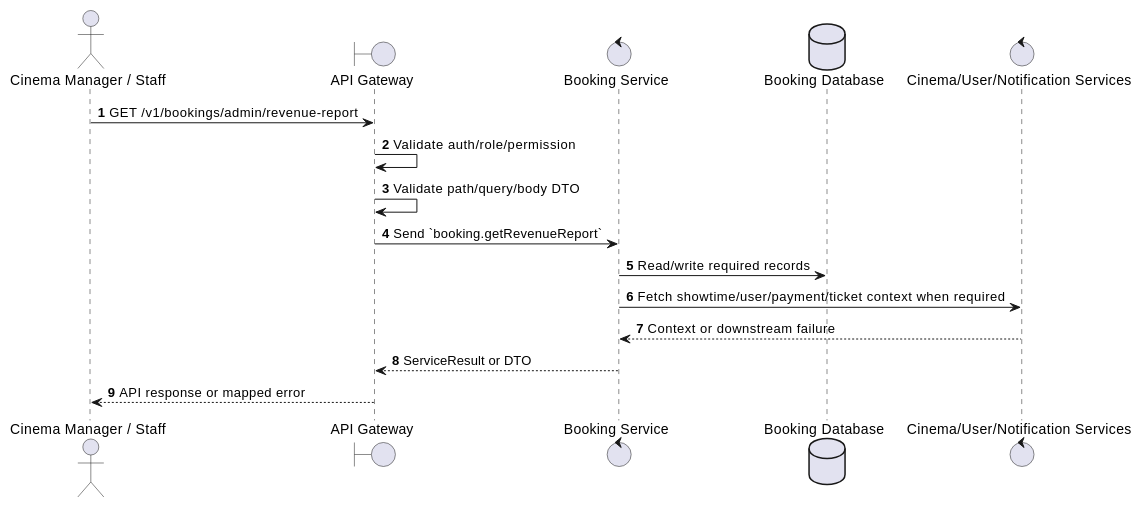
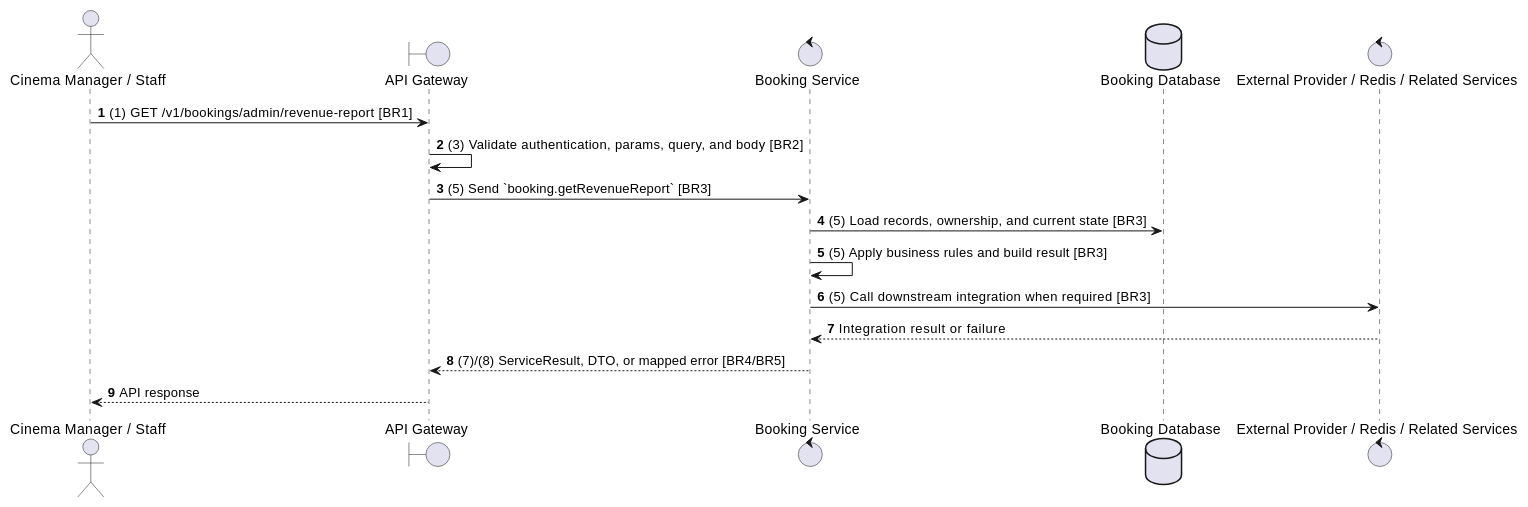
Before and after one commit to Tanh1603/movie-hub-architecture: the second of 2 diagrams in docs/functional_specs/3.5.2_Admin_Booking_Operations/BK-A09_Get_Revenue_Report.md, drawn with PlantUML. The commit also changed other lines of this file and 129 other files, not shown here.

````diff
--- a/docs/functional_specs/3.5.2_Admin_Booking_Operations/BK-A09_Get_Revenue_Report.md
+++ b/docs/functional_specs/3.5.2_Admin_Booking_Operations/BK-A09_Get_Revenue_Report.md
@@ -17,20 +64,20 @@
 ```plantuml
 @startuml
 autonumber
 actor "Cinema Manager / Staff" as Actor
 boundary "API Gateway" as GW
 control "Booking Service" as SVC
 database "Booking Database" as DB
-control "Cinema/User/Notification Services" as EXT
+control "External Provider / Redis / Related Services" as EXT
 
-Actor -> GW: GET /v1/bookings/admin/revenue-report
-GW -> GW: Validate auth/role/permission
-GW -> GW: Validate path/query/body DTO
-GW -> SVC: Send `booking.getRevenueReport`
-SVC -> DB: Read/write required records
-SVC -> EXT: Fetch showtime/user/payment/ticket context when required
-EXT --> SVC: Context or downstream failure
-SVC --> GW: ServiceResult or DTO
-GW --> Actor: API response or mapped error
+Actor -> GW: (1) GET /v1/bookings/admin/revenue-report [BR1]
+GW -> GW: (3) Validate authentication, params, query, and body [BR2]
+GW -> SVC: (5) Send `booking.getRevenueReport` [BR3]
+SVC -> DB: (5) Load records, ownership, and current state [BR3]
+SVC -> SVC: (5) Apply business rules and build result [BR3]
+SVC -> EXT: (5) Call downstream integration when required [BR3]
+EXT --> SVC: Integration result or failure
+SVC --> GW: (7)/(8) ServiceResult, DTO, or mapped error [BR4/BR5]
+GW --> Actor: API response
 @enduml
 ```
````
